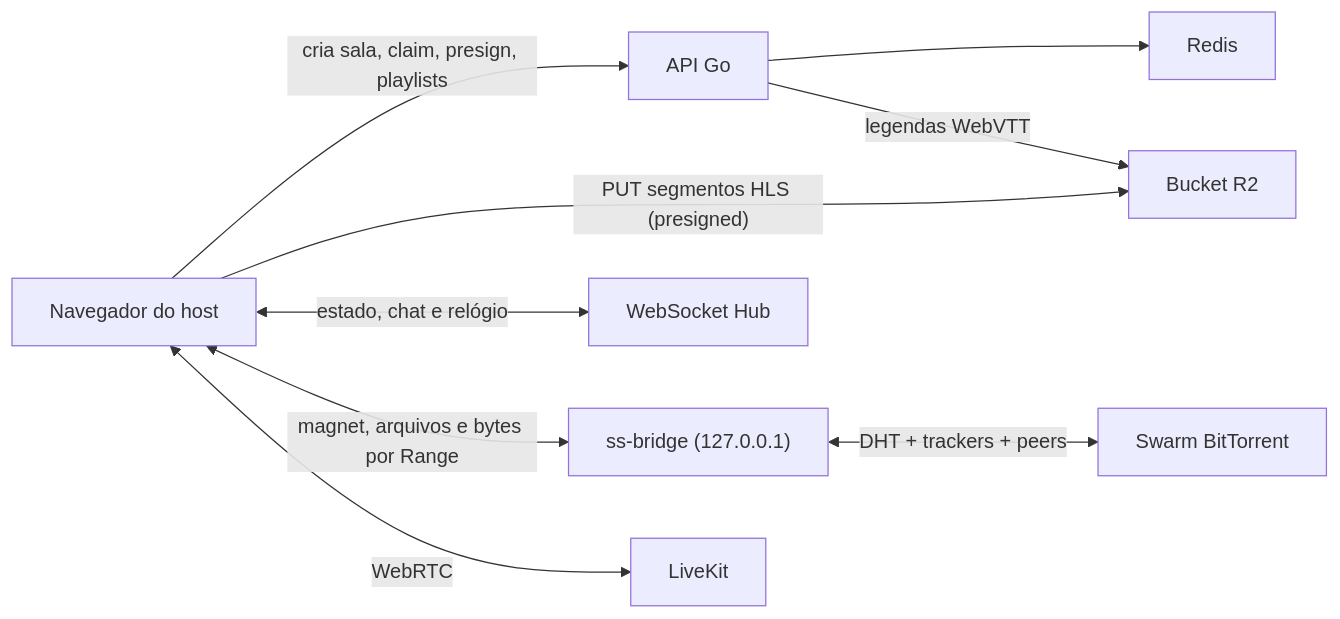
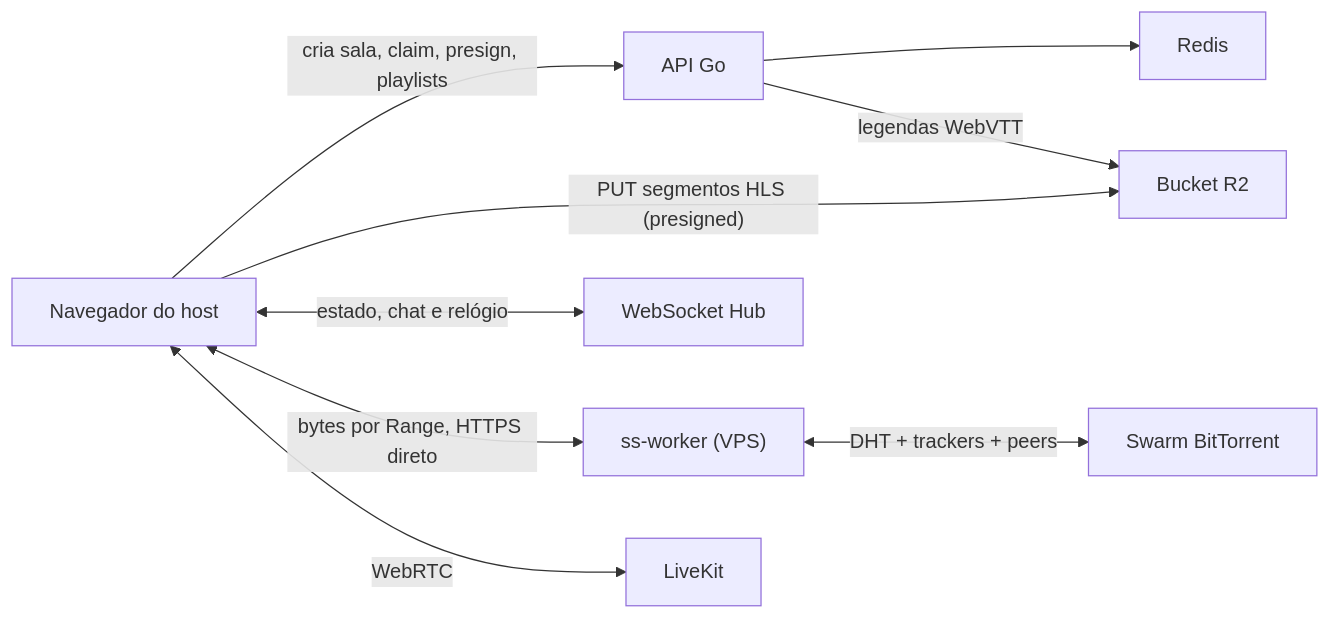
Before and after one commit to giulianoo0/juntos.lol: the diagram in README.md, drawn with Mermaid. The commit also changed other lines of this file and 15 other files, not shown here.

````diff
--- a/README.md
+++ b/README.md
@@ -28,11 +28,11 @@
 ```mermaid
 flowchart LR
     B["Navegador do host"] -->|"cria sala, claim, presign, playlists"| A["API Go"]
     B -->|"PUT segmentos HLS (presigned)"| O["Bucket R2"]
     B <-->|"estado, chat e relógio"| W["WebSocket Hub"]
     A --> R["Redis"]
     A -->|"legendas WebVTT"| O
-    B <-->|"magnet, arquivos e bytes por Range"| T["ss-bridge (127.0.0.1)"]
+    B <-->|"bytes por Range, HTTPS direto"| T["ss-worker (VPS)"]
     T <-->|"DHT + trackers + peers"| P["Swarm BitTorrent"]
     B <-->|"WebRTC"| L["LiveKit"]
 ```
````
